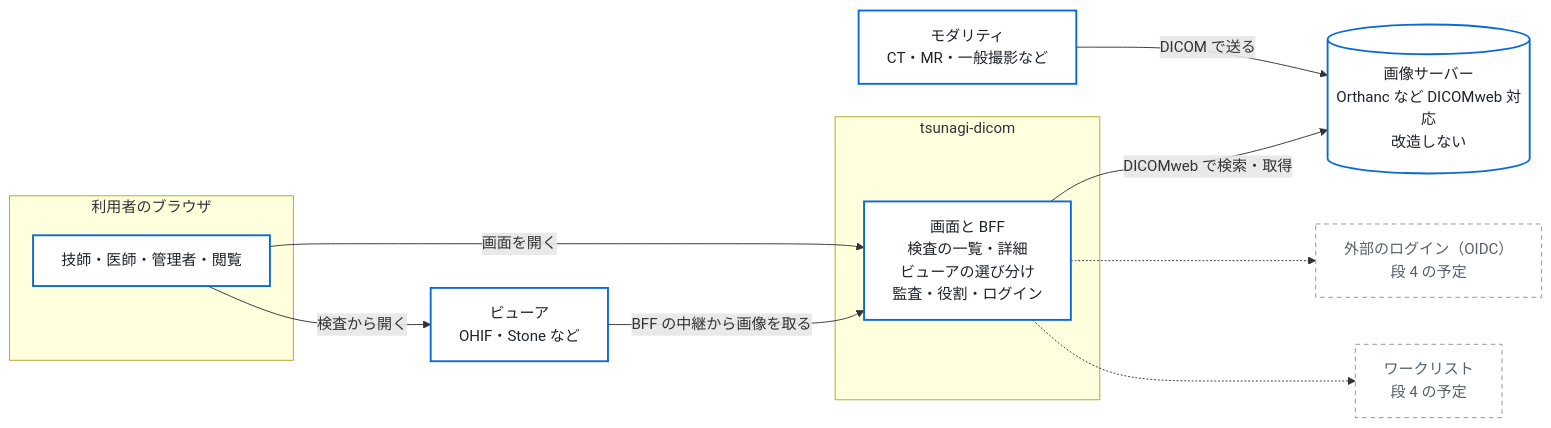
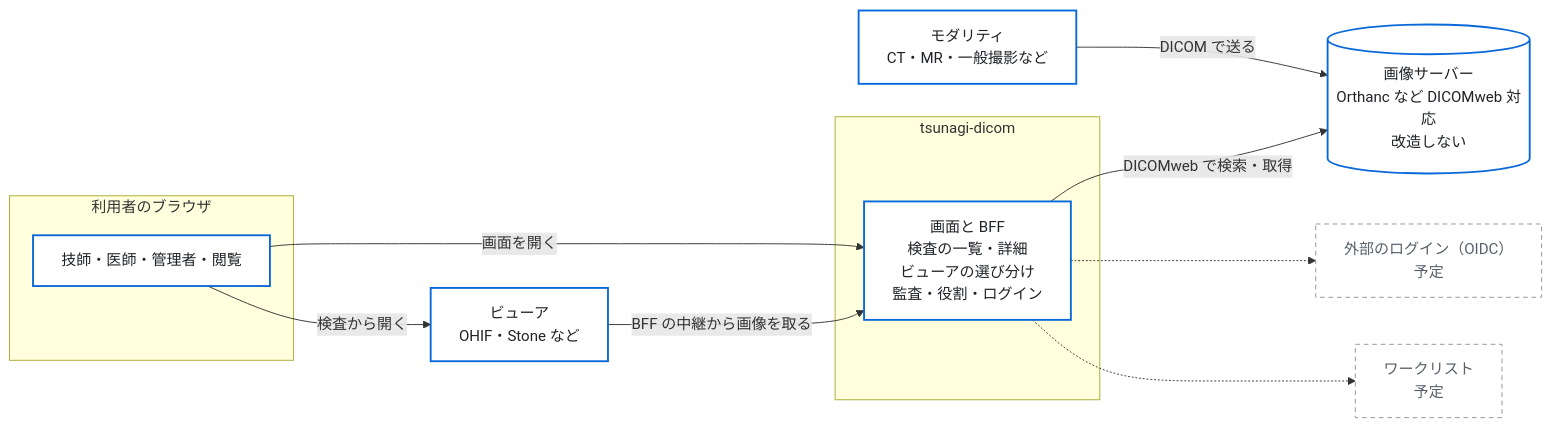
One commit to jeysunit/tsunagi-dicom changed the first of 3 diagrams in README.md. Above: the diagram before and after it, drawn with Mermaid. The commit also changed other lines of this file and 1 other file, not shown here.

````diff
--- a/README.md
+++ b/README.md
@@ -29,25 +15,25 @@
 ```mermaid
 flowchart LR
   classDef box fill:#ffffff,stroke:#0969da,stroke-width:2px,color:#1f2328
   classDef plan fill:#ffffff,stroke:#8c959f,stroke-dasharray:5 4,color:#57606a
 
   MOD["モダリティ<br/>CT・MR・一般撮影など"]:::box
   PACS[("画像サーバー<br/>Orthanc など DICOMweb 対応<br/>改造しない")]:::box
   subgraph TSUNAGI["tsunagi-dicom"]
     BFF["画面と BFF<br/>検査の一覧・詳細<br/>ビューアの選び分け<br/>監査・役割・ログイン"]:::box
   end
   VIEWER["ビューア<br/>OHIF・Stone など"]:::box
   subgraph USERS["利用者のブラウザ"]
     USER["技師・医師・管理者・閲覧"]:::box
   end
-  OIDC["外部のログイン（OIDC）<br/>段 4 の予定"]:::plan
-  WL["ワークリスト<br/>段 4 の予定"]:::plan
+  OIDC["外部のログイン（OIDC）<br/>予定"]:::plan
+  WL["ワークリスト<br/>予定"]:::plan
 
   MOD -->|"DICOM で送る"| PACS
   BFF -->|"DICOMweb で検索・取得"| PACS
   USER -->|"画面を開く"| BFF
   USER -->|"検査から開く"| VIEWER
   VIEWER -->|"BFF の中継から画像を取る"| BFF
   BFF -.-> OIDC
   BFF -.-> WL
 ```
````
